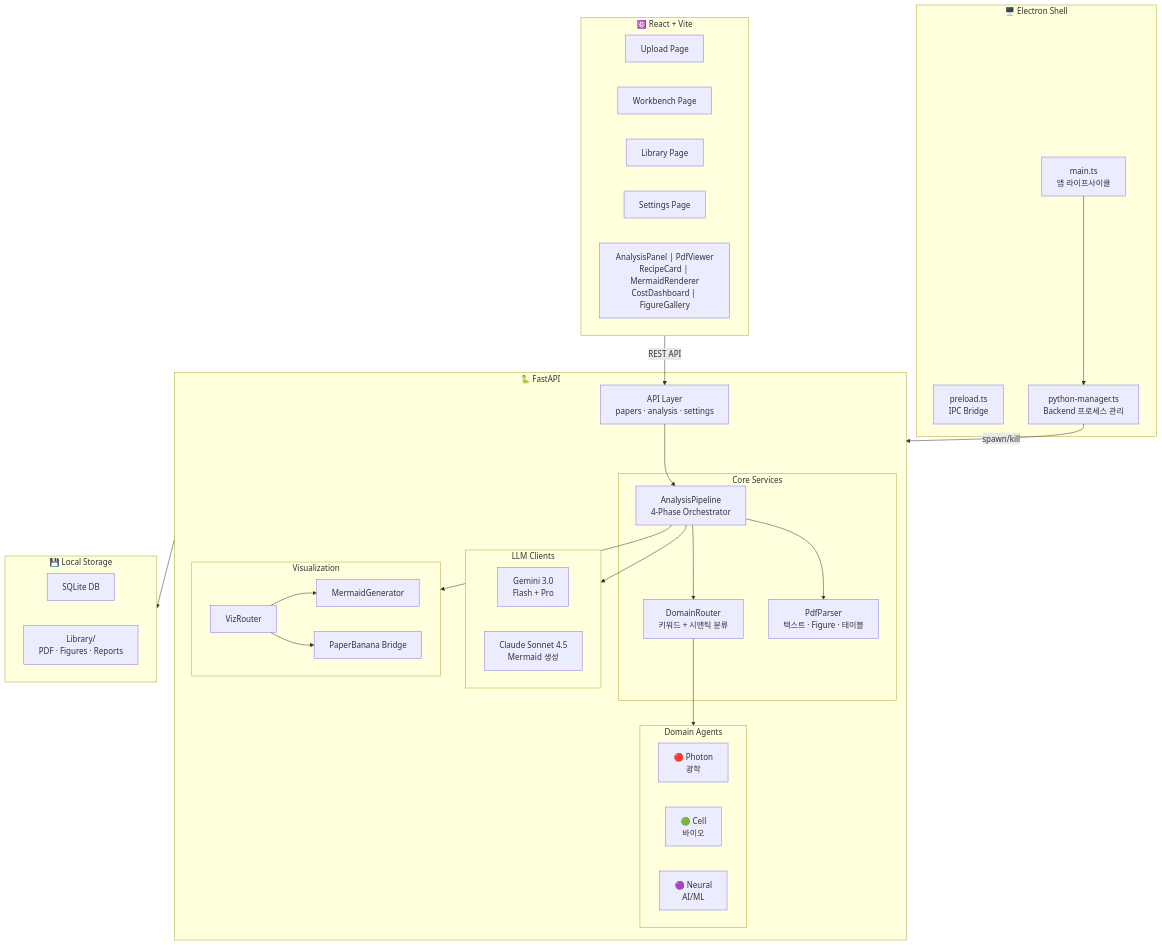
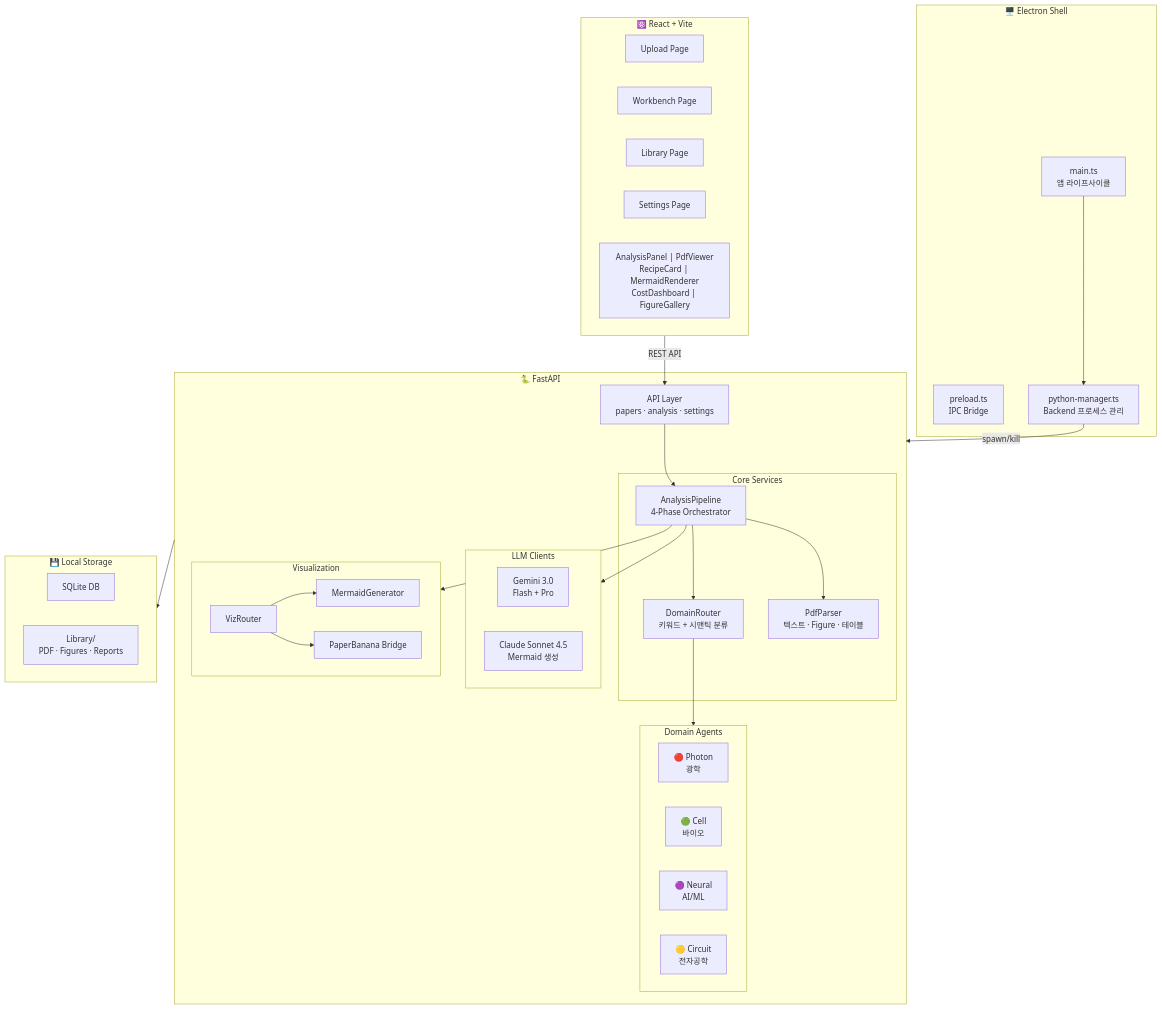
The second of 2 diagrams in README.md (dosigner/sasoo), drawn with Mermaid before and after one commit. The commit also changed other lines of this file, not shown here.

First line of the commit message:
fix README image paths and update Circuit agent status

````diff
--- a/README.md
+++ b/README.md
@@ -272,61 +272,62 @@
 ```mermaid
 graph TB
     subgraph Desktop["🖥️ Electron Shell"]
         Main["main.ts<br/>앱 라이프사이클"]
         Preload["preload.ts<br/>IPC Bridge"]
         PM["python-manager.ts<br/>Backend 프로세스 관리"]
     end
 
     subgraph Frontend["⚛️ React + Vite"]
         Upload["Upload Page"]
         Workbench["Workbench Page"]
         Library["Library Page"]
         Settings["Settings Page"]
         Components["AnalysisPanel | PdfViewer<br/>RecipeCard | MermaidRenderer<br/>CostDashboard | FigureGallery"]
     end
 
     subgraph Backend["🐍 FastAPI"]
         API["API Layer<br/>papers · analysis · settings"]
 
         subgraph Services["Core Services"]
             Pipeline["AnalysisPipeline<br/>4-Phase Orchestrator"]
             Router["DomainRouter<br/>키워드 + 시맨틱 분류"]
             Parser["PdfParser<br/>텍스트 · Figure · 테이블"]
         end
 
         subgraph Agents["Domain Agents"]
             Photon["🔴 Photon<br/>광학"]
             Cell["🟢 Cell<br/>바이오"]
             Neural["🟣 Neural<br/>AI/ML"]
+            Circuit["🟡 Circuit<br/>전자공학"]
         end
 
         subgraph LLM["LLM Clients"]
             Gemini["Gemini 3.0<br/>Flash + Pro"]
             Claude["Claude Sonnet 4.5<br/>Mermaid 생성"]
         end
 
         subgraph Viz["Visualization"]
             VizRouter["VizRouter"]
             Mermaid["MermaidGenerator"]
             PB["PaperBanana Bridge"]
         end
     end
 
     subgraph Storage["💾 Local Storage"]
         DB["SQLite DB"]
         Files["Library/<br/>PDF · Figures · Reports"]
     end
 
     Main --> PM
     PM -->|"spawn/kill"| Backend
     Frontend -->|"REST API"| API
     API --> Pipeline
     Pipeline --> Router
     Router --> Agents
     Pipeline --> Parser
     Pipeline --> LLM
     Pipeline --> Viz
     VizRouter --> Mermaid
     VizRouter --> PB
     Backend --> Storage
 ```
````
